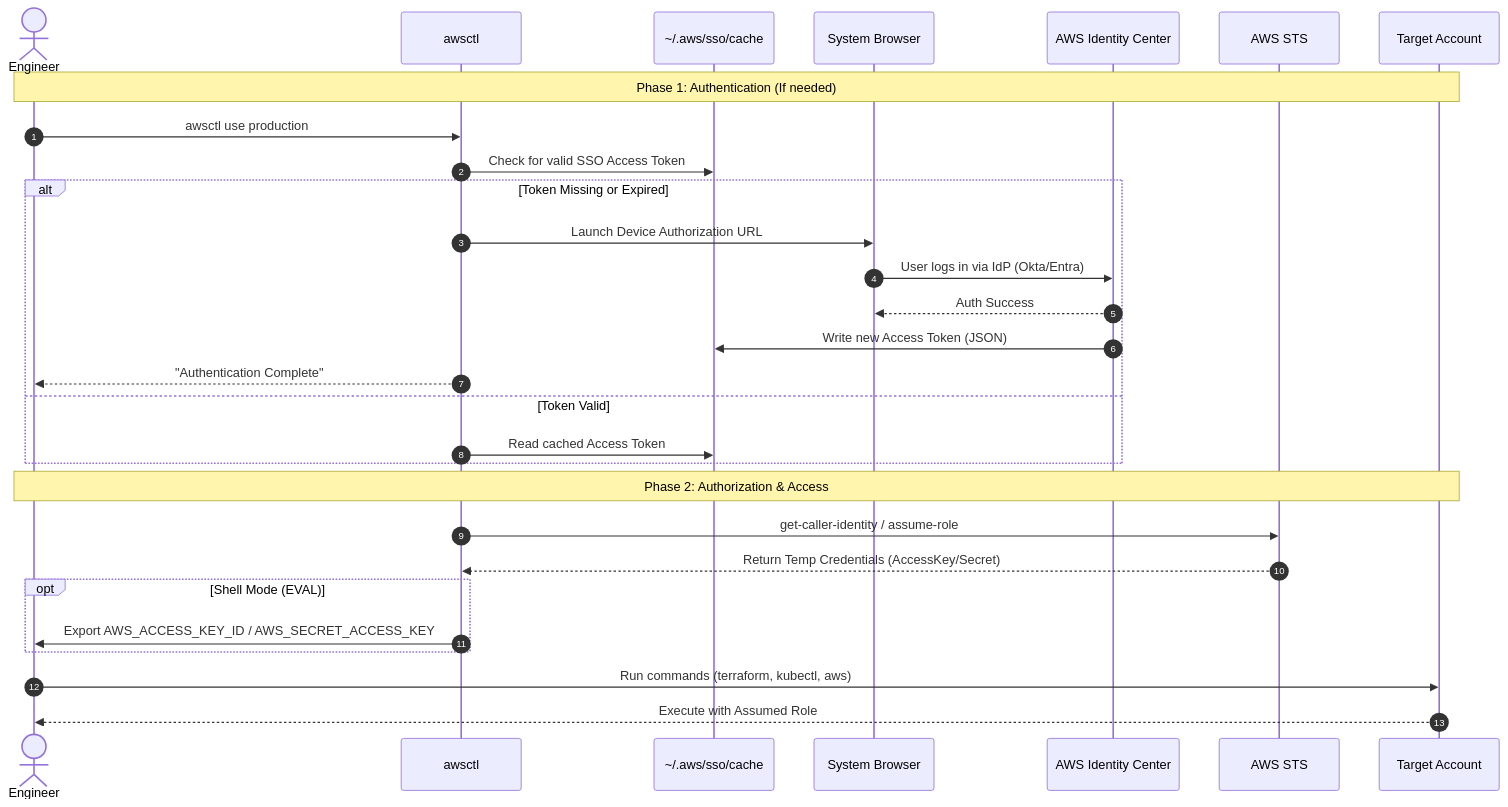
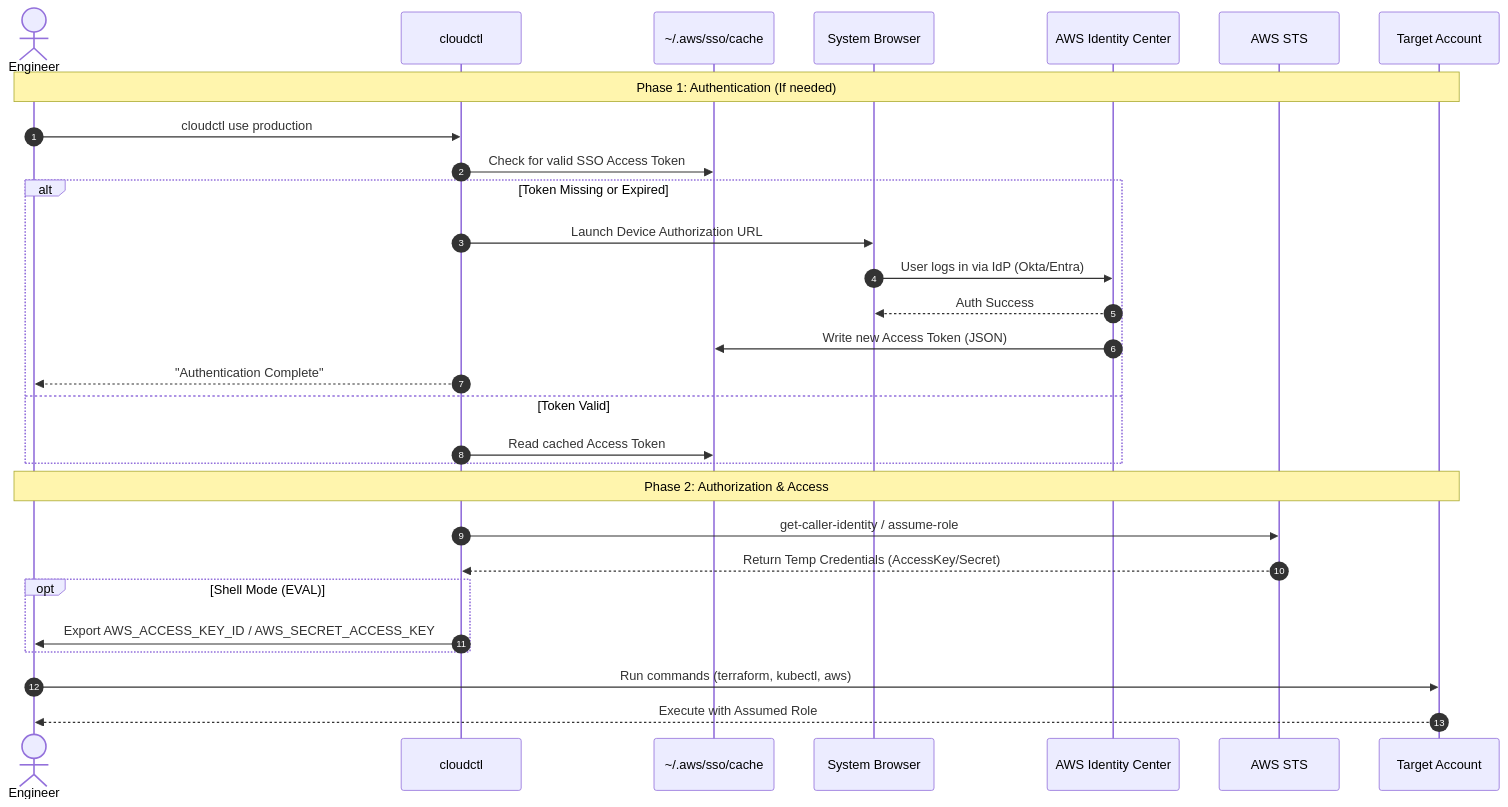
The diagram in docs/wiki/getting-started.md (hoad-org/cloudctl), drawn with Mermaid before and after one commit. The commit also changed other lines of this file and 198 other files, not shown here.

````diff
--- a/docs/wiki/getting-started.md
+++ b/docs/wiki/getting-started.md
@@ -83,38 +83,38 @@
 ```Mermaid
 sequenceDiagram
     autonumber
     actor User as Engineer
-    participant CLI as awsctl
+    participant CLI as cloudctl
     participant Cache as ~/.aws/sso/cache
     participant Browser as System Browser
     participant AWS as AWS Identity Center
     participant STS as AWS STS
     participant Cloud as Target Account
 
     Note over User, Cloud: Phase 1: Authentication (If needed)
 
-    User->>CLI: awsctl use production
+    User->>CLI: cloudctl use production
     CLI->>Cache: Check for valid SSO Access Token
 
     alt Token Missing or Expired
         CLI->>Browser: Launch Device Authorization URL
         Browser->>AWS: User logs in via IdP (Okta/Entra)
         AWS-->>Browser: Auth Success
         AWS->>Cache: Write new Access Token (JSON)
         CLI-->>User: "Authentication Complete"
     else Token Valid
         CLI->>Cache: Read cached Access Token
     end
 
     Note over User, Cloud: Phase 2: Authorization & Access
 
     CLI->>STS: get-caller-identity / assume-role
     STS-->>CLI: Return Temp Credentials (AccessKey/Secret)
 
     opt Shell Mode (EVAL)
         CLI->>User: Export AWS_ACCESS_KEY_ID / AWS_SECRET_ACCESS_KEY
     end
 
     User->>Cloud: Run commands (terraform, kubectl, aws)
     Cloud-->>User: Execute with Assumed Role
 ```
````
